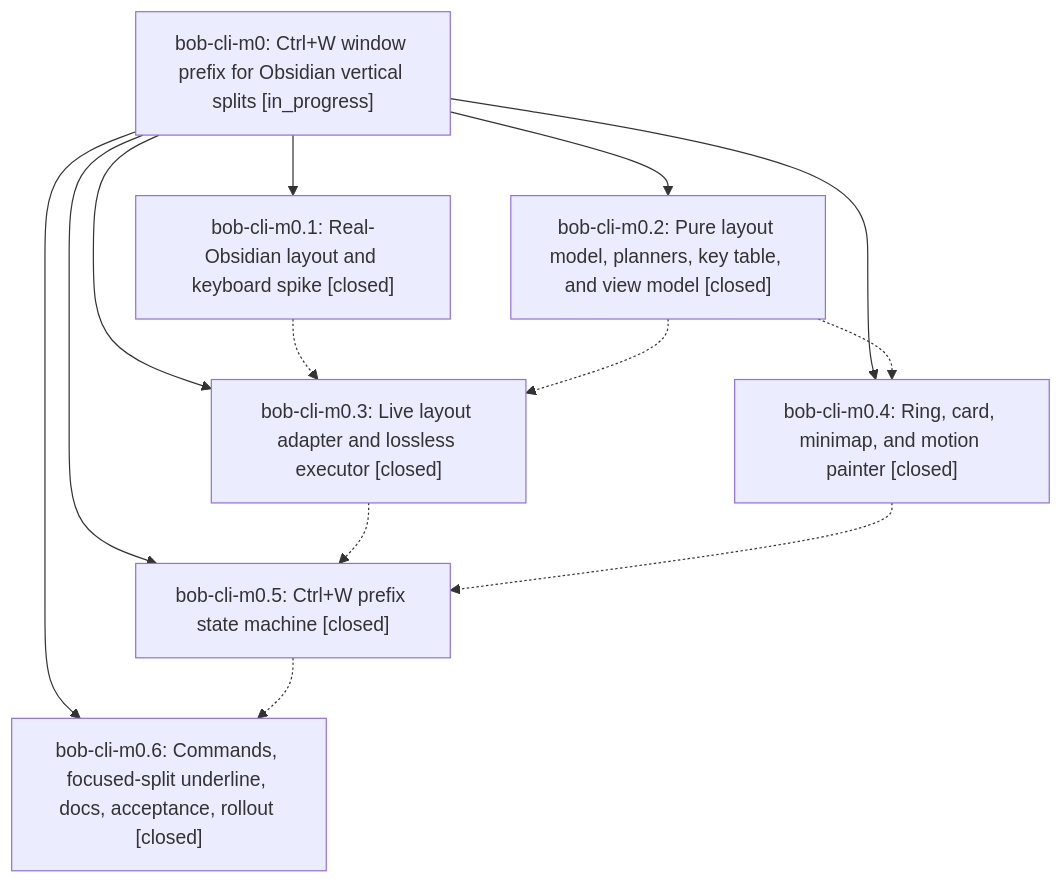
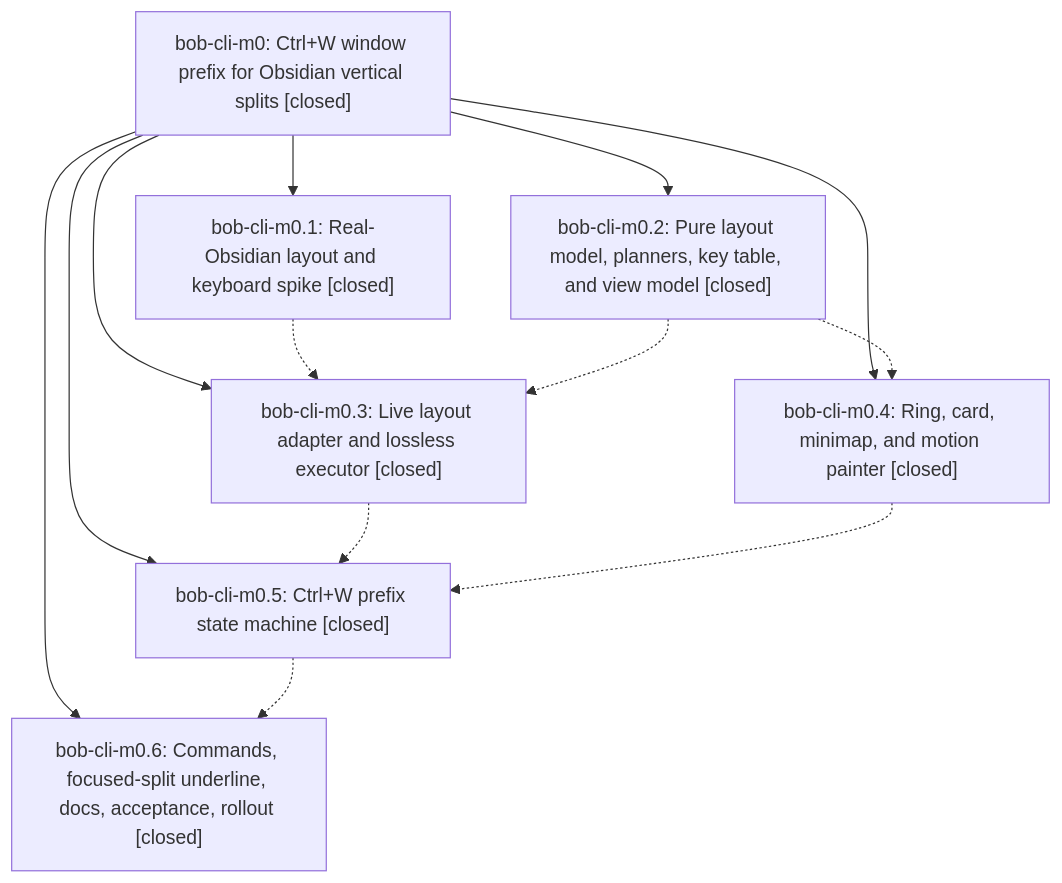
One commit to bobs-org/bob-cli--beads changed the diagram in pages/bob-cli-m0/README.md. Above: the diagram before and after it, drawn with Mermaid. The commit also changed other lines of this file and 5 other files, not shown here.

First line of the commit message:
chore(beads): sync bead state and pages for bob-cli-m0

````diff
--- a/pages/bob-cli-m0/README.md
+++ b/pages/bob-cli-m0/README.md
@@ -41,22 +49,22 @@
 ```mermaid
 flowchart TD
-    n0["bob-cli-m0: Ctrl+W window prefix for Obsidian vertical splits [in_progress]"]
+    n0["bob-cli-m0: Ctrl+W window prefix for Obsidian vertical splits [closed]"]
     n1["bob-cli-m0.1: Real-Obsidian layout and keyboard spike [closed]"]
     n2["bob-cli-m0.2: Pure layout model, planners, key table, and view model [closed]"]
     n3["bob-cli-m0.3: Live layout adapter and lossless executor [closed]"]
     n4["bob-cli-m0.4: Ring, card, minimap, and motion painter [closed]"]
     n5["bob-cli-m0.5: Ctrl+W prefix state machine [closed]"]
     n6["bob-cli-m0.6: Commands, focused-split underline, docs, acceptance, rollout [closed]"]
     n0 --> n1
     n0 --> n2
     n0 --> n3
     n0 --> n4
     n0 --> n5
     n0 --> n6
     n1 -.-> n3
     n2 -.-> n3
     n2 -.-> n4
     n3 -.-> n5
     n4 -.-> n5
     n5 -.-> n6
 ```
````
